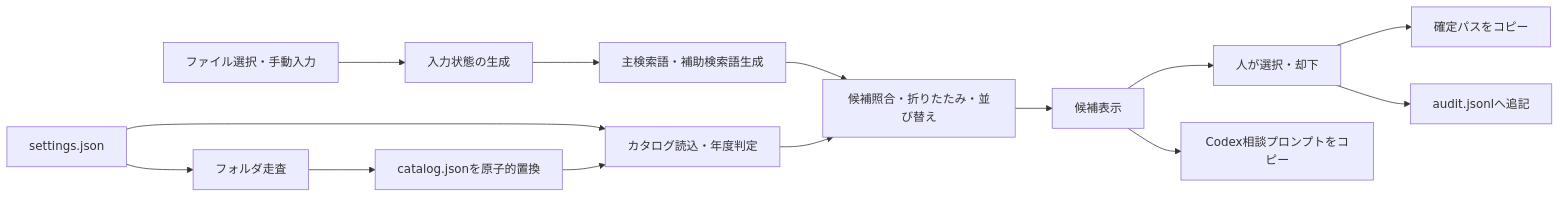
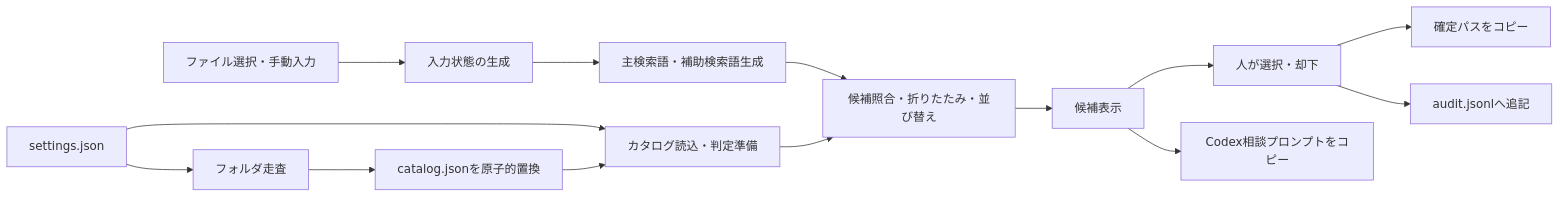
Before and after one commit to baiputaojiu/amatsuka_argo_5_obsidan_chatgpt_cursor_genspark: the diagram in obsidan vault/30_Permanent/★業務/ファイル管理/実装計画_OneDrive保存先レコメンダー.md, drawn with Mermaid. The commit also changed other lines of this file and 9 other files, not shown here.

````diff
--- a/obsidan vault/30_Permanent/★業務/ファイル管理/実装計画_OneDrive保存先レコメンダー.md
+++ b/obsidan vault/30_Permanent/★業務/ファイル管理/実装計画_OneDrive保存先レコメンダー.md
@@ -168,16 +179,16 @@
 ```mermaid
 flowchart LR
     A["ファイル選択・手動入力"] --> B["入力状態の生成"]
     B --> C["主検索語・補助検索語生成"]
     D["settings.json"] --> E["フォルダ走査"]
     E --> F["catalog.jsonを原子的置換"]
-    D --> G["カタログ読込・年度判定"]
+    D --> G["カタログ読込・判定準備"]
     F --> G
     C --> H["候補照合・折りたたみ・並び替え"]
     G --> H
     H --> I["候補表示"]
     I --> J["人が選択・却下"]
     J --> K["確定パスをコピー"]
     J --> L["audit.jsonlへ追記"]
     I --> M["Codex相談プロンプトをコピー"]
 ```
````
